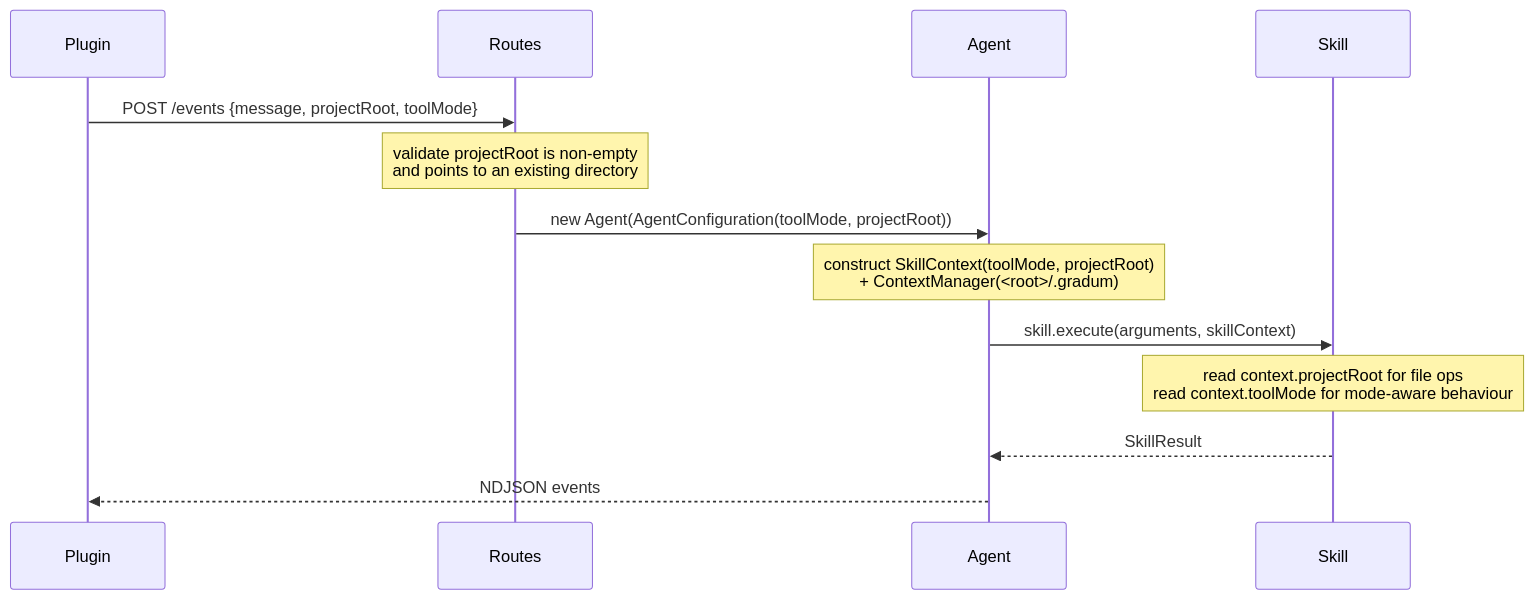
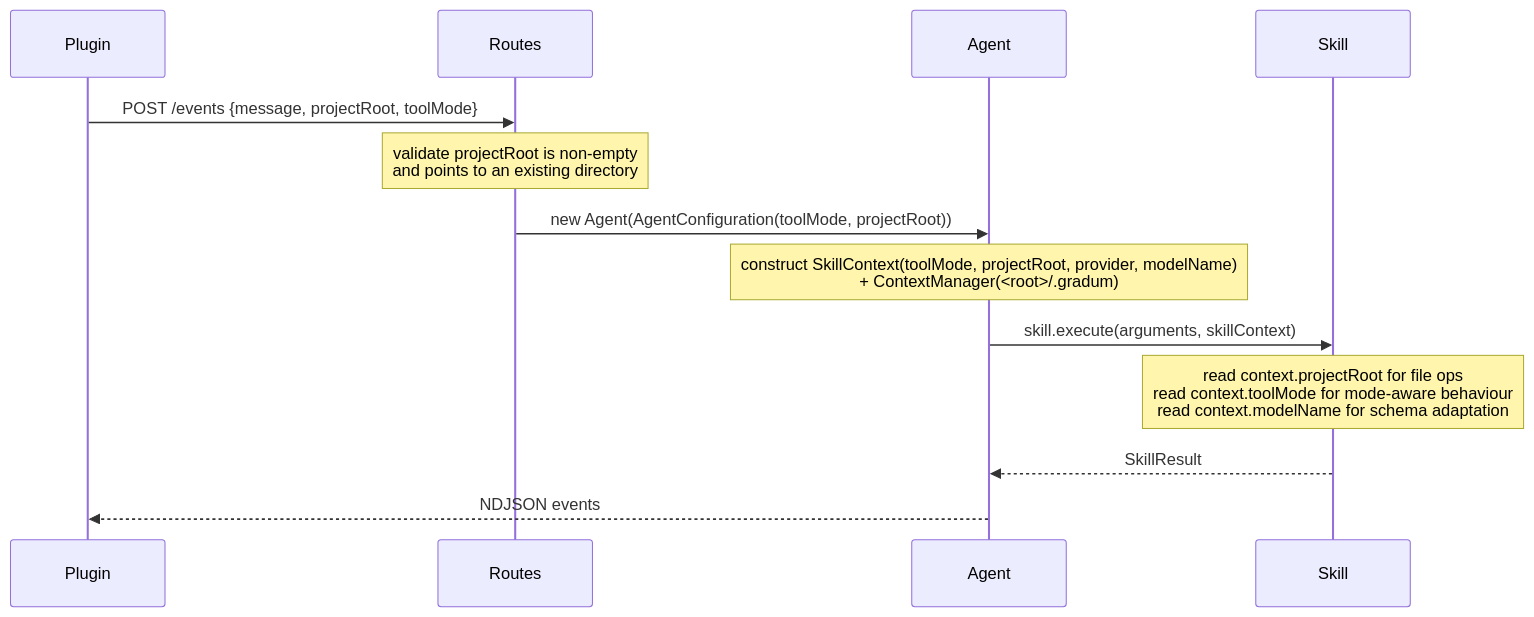
One commit to lg841226/Gradum changed diagram 28 of 29 in docs/ARCHITECTURE.md. Above: the diagram before and after it, drawn with Mermaid. The commit also changed other lines of this file and 2 other files, not shown here.

First line of the commit message:
fix(context): reduce context consumption and update docs

````diff
--- a/docs/ARCHITECTURE.md
+++ b/docs/ARCHITECTURE.md
@@ -1743,15 +1792,15 @@
 ```mermaid
 sequenceDiagram
     participant Plugin
     participant Routes
     participant Agent
     participant Skill
     Plugin ->> Routes: POST /events {message, projectRoot, toolMode}
     Note over Routes: validate projectRoot is non-empty<br/>and points to an existing directory
     Routes ->> Agent: new Agent(AgentConfiguration(toolMode, projectRoot))
-    Note over Agent: construct SkillContext(toolMode, projectRoot)<br/>+ ContextManager(<root>/.gradum)
+    Note over Agent: construct SkillContext(toolMode, projectRoot, provider, modelName)<br/>+ ContextManager(<root>/.gradum)
     Agent ->> Skill: skill.execute(arguments, skillContext)
-    Note over Skill: read context.projectRoot for file ops<br/>read context.toolMode for mode-aware behaviour
+    Note over Skill: read context.projectRoot for file ops<br/>read context.toolMode for mode-aware behaviour<br/>read context.modelName for schema adaptation
     Skill -->> Agent: SkillResult
     Agent -->> Plugin: NDJSON events
 ```
````
